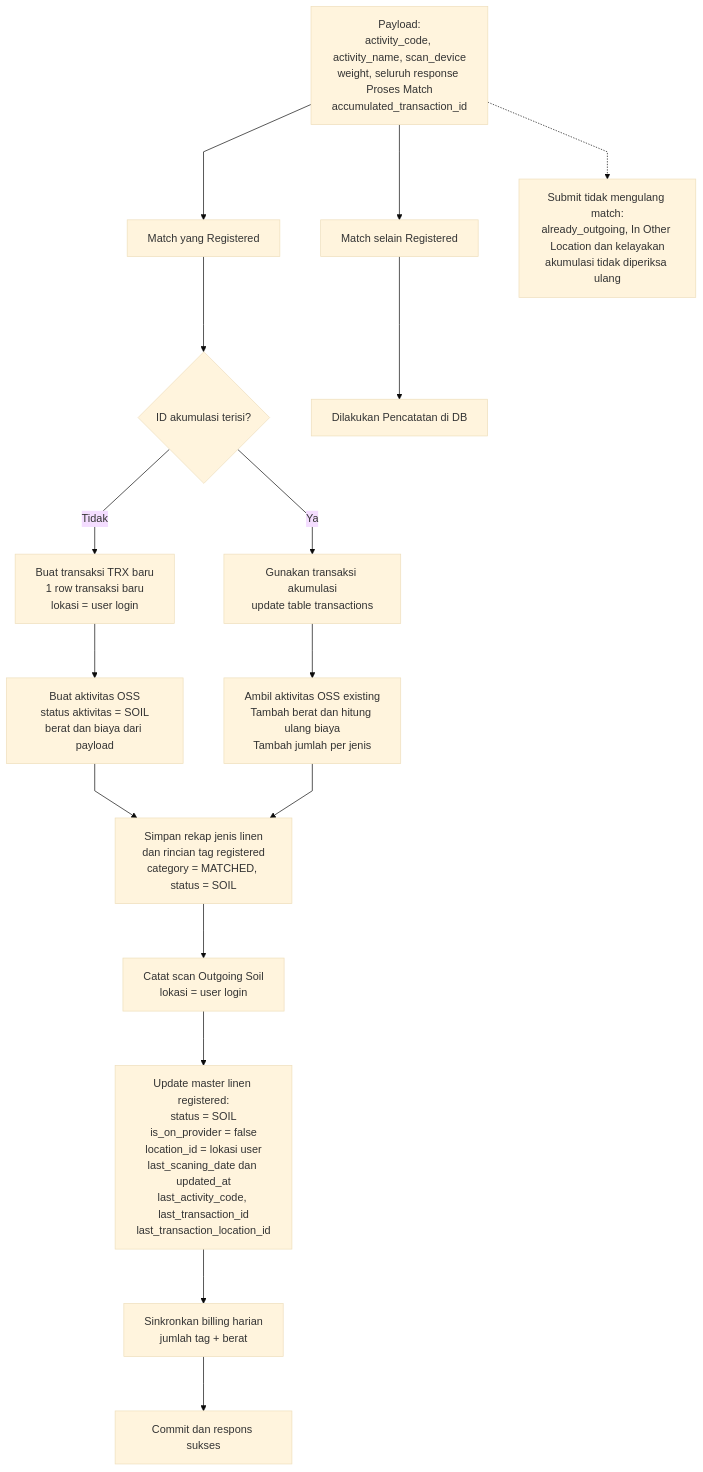
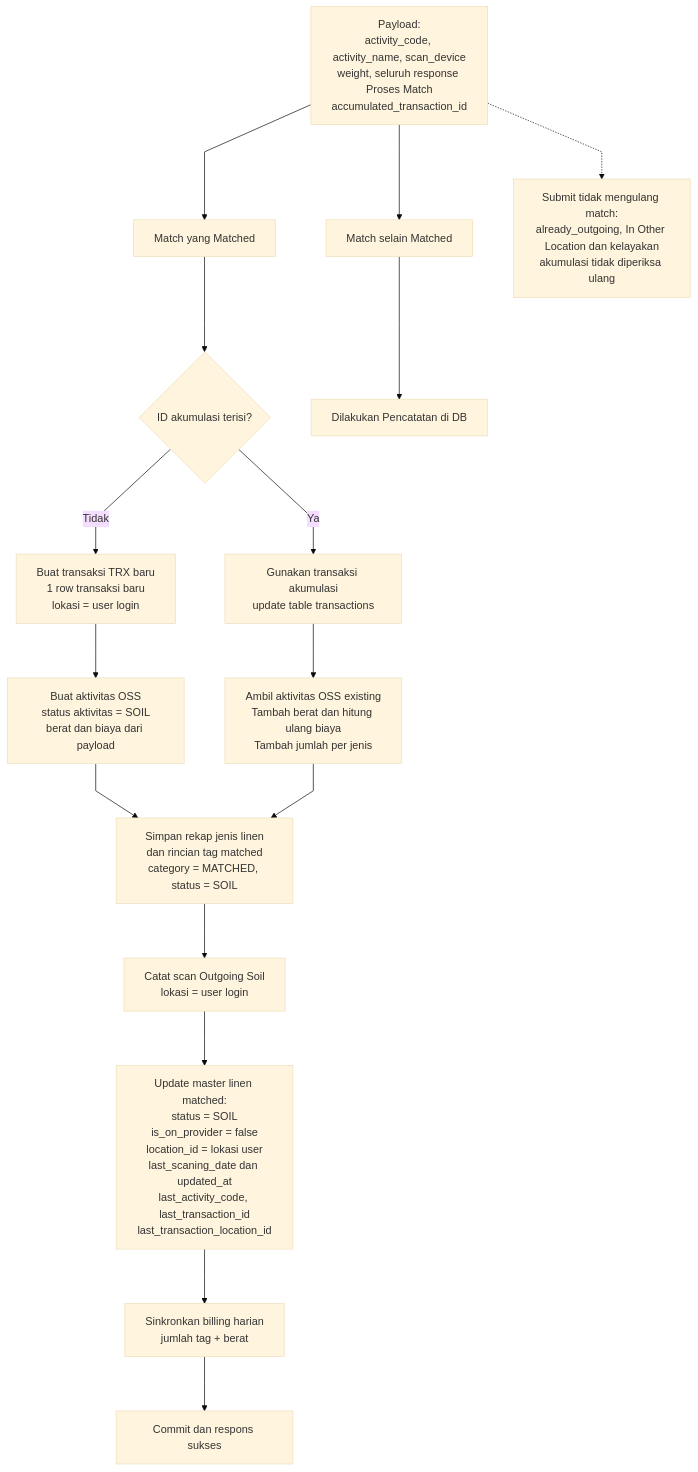
One commit to bagaskrmn/bac-flow-laundry changed the second of 2 diagrams in laundry-activities/outgoing-soil.md. Above: the diagram before and after it, drawn with Mermaid (base theme). The commit also changed other lines of this file and 1 other file, not shown here.

Commit message:
fix  OSS dan DPS

````diff
--- a/laundry-activities/outgoing-soil.md
+++ b/laundry-activities/outgoing-soil.md
@@ -42,27 +42,27 @@
 ```mermaid
 %%{init: {'flowchart': {'curve': 'linear', 'nodeSpacing': 60, 'rankSpacing': 80, 'diagramPadding': 24}}}%%
 flowchart TD
     N_IN["Payload:<br/>activity_code, activity_name, scan_device<br/>weight, seluruh response Proses Match<br/>accumulated_transaction_id"]
-    N_IN -->N_REGIST["Match yang Registered"]
+    N_IN -->N_REGIST["Match yang Matched"]
     N_REGIST -->N_MODE{"ID akumulasi terisi?"}
 
-    N_IN -->N_ELSE["Match selain Registered"]
+    N_IN -->N_ELSE["Match selain Matched"]
     N_ELSE -->N_PROC["Dilakukan Pencatatan di DB"]
 
     N_MODE -->|Tidak| N_NEW["Buat transaksi TRX baru<br/>1 row transaksi baru<br/>lokasi = user login"]
     N_NEW --> N_ACT["Buat aktivitas OSS<br/>status aktivitas = SOIL<br/>berat dan biaya dari payload"]
 
     N_MODE -->|Ya| N_OLD["Gunakan transaksi akumulasi<br/>update table transactions"]
     N_OLD --> N_ADD["Ambil aktivitas OSS existing<br/>Tambah berat dan hitung ulang biaya<br/>Tambah jumlah per jenis"]
 
-    N_ACT --> N_DETAIL["Simpan rekap jenis linen<br/>dan rincian tag registered<br/>category = MATCHED, status = SOIL"]
+    N_ACT --> N_DETAIL["Simpan rekap jenis linen<br/>dan rincian tag matched<br/>category = MATCHED, status = SOIL"]
     N_ADD --> N_DETAIL
     N_DETAIL --> N_SCAN["Catat scan Outgoing Soil<br/>lokasi = user login"]
-    N_SCAN --> N_MASTER["Update master linen registered:<br/>status = SOIL<br/>is_on_provider = false<br/>location_id = lokasi user<br/>last_scaning_date dan updated_at<br/>last_activity_code, last_transaction_id<br/>last_transaction_location_id"]
+    N_SCAN --> N_MASTER["Update master linen matched:<br/>status = SOIL<br/>is_on_provider = false<br/>location_id = lokasi user<br/>last_scaning_date dan updated_at<br/>last_activity_code, last_transaction_id<br/>last_transaction_location_id"]
     N_MASTER --> N_BILL["Sinkronkan billing harian<br/>jumlah tag + berat"]
     N_BILL --> N_DONE["Commit dan respons sukses"]
 
     N_IN -.-> N_TRUST["Submit tidak mengulang match:<br/>already_outgoing, In Other Location dan kelayakan<br/>akumulasi tidak diperiksa ulang"]
 
     class N_ELSE,N_PROC danger
 ```
````
